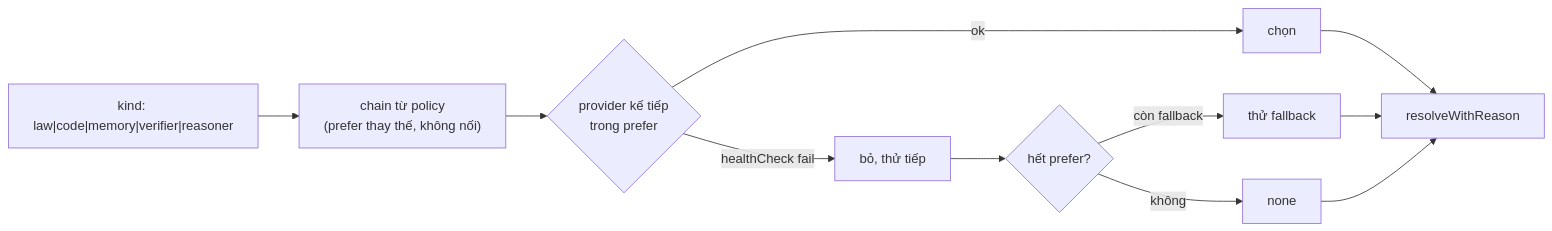
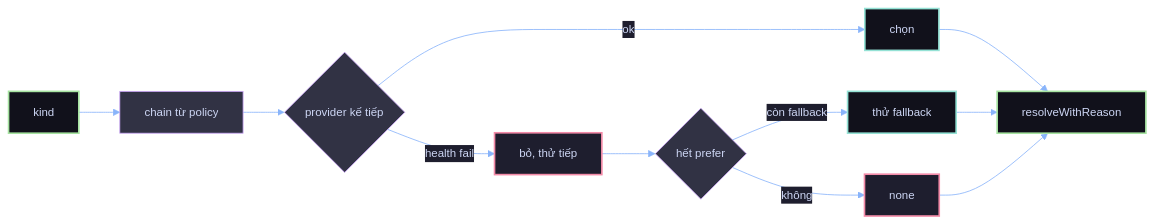
One commit to thangs2/harness-eso changed the second of 8 diagrams in documents/07.how-it-works/03.pipelines.md. Above: the diagram before and after it, drawn with Mermaid. The commit also changed other lines of this file and 10 other files, not shown here.

First line of the commit message:
docs: redraw the how-it-works pack under one mermaid standard

````diff
--- a/documents/07.how-it-works/03.pipelines.md
+++ b/documents/07.how-it-works/03.pipelines.md
@@ -28,13 +33,19 @@
 ```mermaid
+%%{init: {"theme": "base", "themeVariables": {"background": "#1e1e2e", "primaryColor": "#313244", "primaryTextColor": "#cdd6f4", "primaryBorderColor": "#cba6f7", "lineColor": "#89b4fa", "secondaryColor": "#181825", "tertiaryColor": "#11111b", "clusterBkg": "#181825", "clusterBorder": "#6c7086", "edgeLabelBackground": "#1e1e2e", "fontSize": "14px", "actorBkg": "#313244", "actorBorder": "#cba6f7", "actorTextColor": "#cdd6f4", "signalColor": "#89b4fa", "signalTextColor": "#cdd6f4", "noteBkgColor": "#313244", "noteTextColor": "#cdd6f4", "noteBorderColor": "#f9e2af"}}}%%
 flowchart LR
-  Q["kind: law|code|memory|verifier|reasoner"] --> CH["chain từ policy\n(prefer thay thế, không nối)"]
-  CH --> N1{"provider kế tiếp\ntrong prefer"}
-  N1 -->|"healthCheck fail"| N2["bỏ, thử tiếp"]
-  N1 -->|"ok"| SEL["chọn"]
-  N2 --> N3{"hết prefer?"}
-  N3 -->|"còn fallback"| N4["thử fallback"]
-  N3 -->|"không"| NONE["none"]
-  SEL --> R["resolveWithReason"]
-  N4 --> R
-  NONE --> R
+
+    classDef r fill:#11111b,stroke:#94e2d5,stroke-width:2px,color:#cdd6f4
+    classDef shared fill:#11111b,stroke:#a6e3a1,stroke-width:2px,color:#cdd6f4
+    classDef stop fill:#1e1e2e,stroke:#f38ba8,stroke-width:2px,color:#cdd6f4
+
+    Q[kind]:::shared --> CH[chain từ policy]:::w
+    CH --> N1{provider kế tiếp}
+    N1 -->|health fail| N2[bỏ, thử tiếp]:::stop
+    N1 -->|ok| SEL[chọn]:::r
+    N2 --> N3{hết prefer}
+    N3 -->|còn fallback| N4[thử fallback]:::r
+    N3 -->|không| NONE[none]:::stop
+    SEL --> R[resolveWithReason]:::shared
+    N4 --> R
+    NONE --> R
 ```
````
